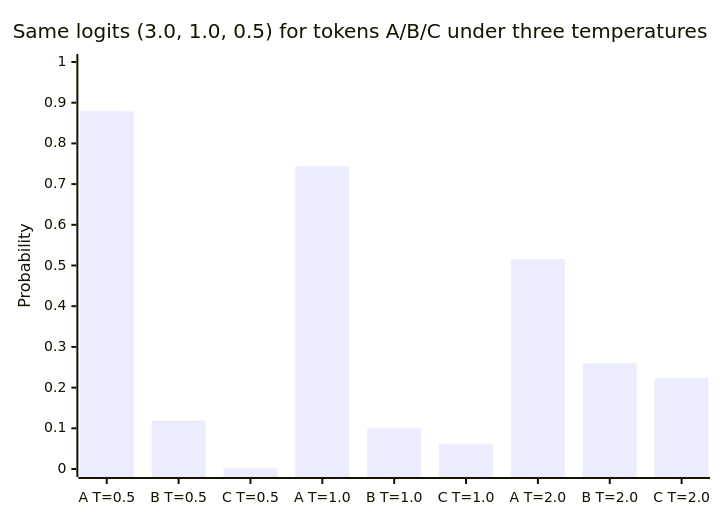
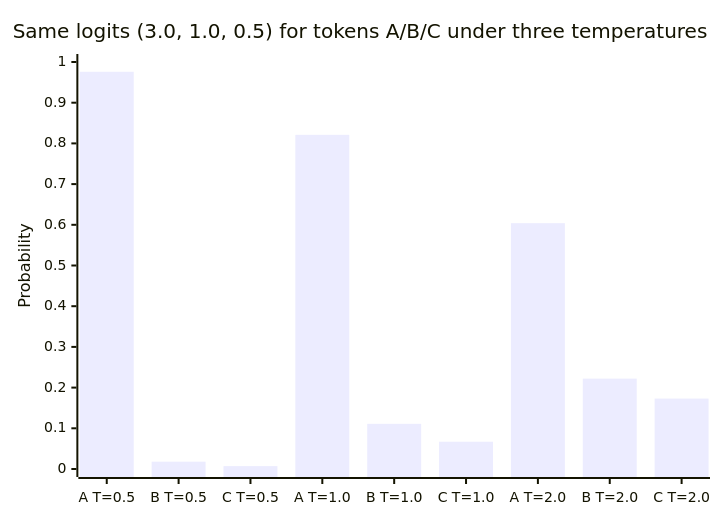
One commit to rppol/system-design changed the fourth of 4 diagrams in src/main/java/com/rutik/systemdesign/llm/foundations_and_architecture/README.md. Above: the diagram before and after it, drawn with Mermaid. The commit also changed other lines of this file and 113 other files, not shown here.

````diff
--- a/src/main/java/com/rutik/systemdesign/llm/foundations_and_architecture/README.md
+++ b/src/main/java/com/rutik/systemdesign/llm/foundations_and_architecture/README.md
@@ -261,7 +261,7 @@
 ```mermaid
 xychart-beta
     title "Same logits (3.0, 1.0, 0.5) for tokens A/B/C under three temperatures"
     x-axis ["A T=0.5", "B T=0.5", "C T=0.5", "A T=1.0", "B T=1.0", "C T=1.0", "A T=2.0", "B T=2.0", "C T=2.0"]
     y-axis "Probability" 0 --> 1
-    bar [0.879, 0.119, 0.002, 0.744, 0.100, 0.062, 0.516, 0.260, 0.224]
+    bar [0.976, 0.018, 0.007, 0.821, 0.111, 0.067, 0.604, 0.222, 0.173]
 ```
````
